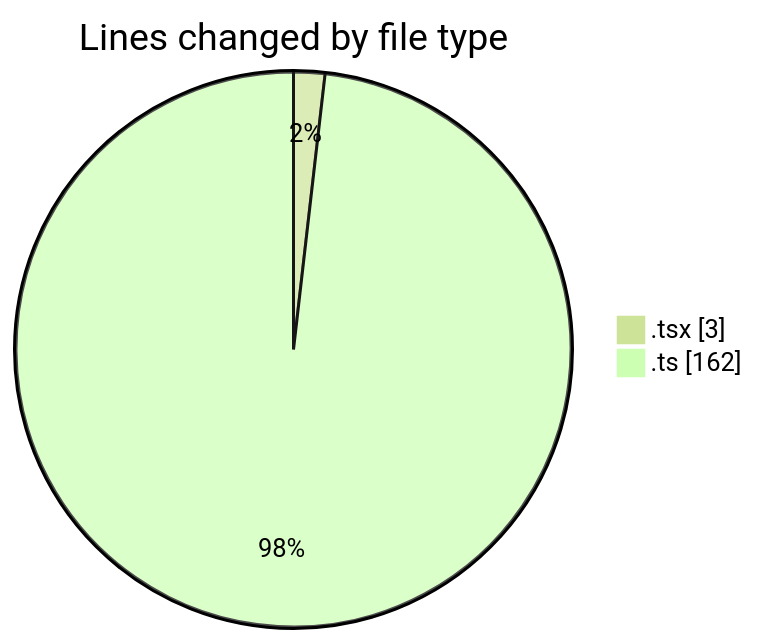
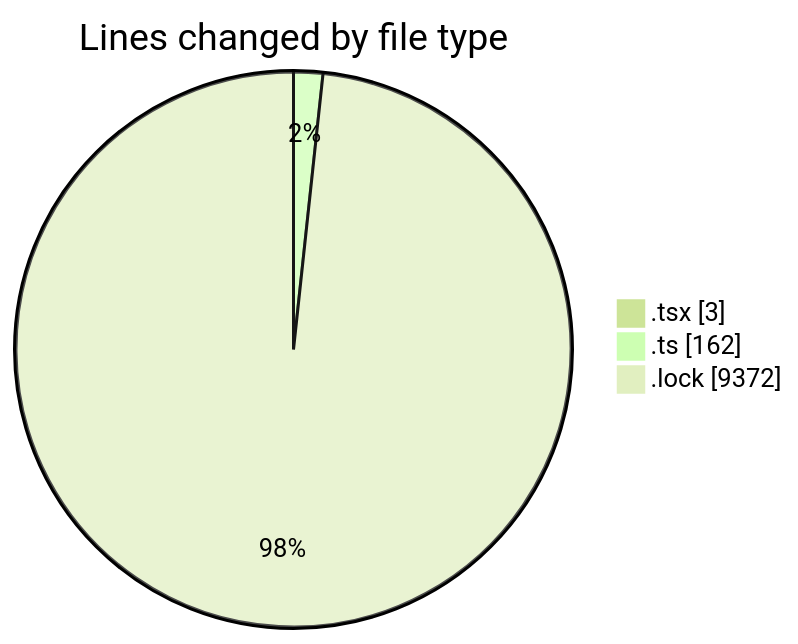
Before and after one commit to momahboobian/code-tracking: the first of 2 diagrams in 2026-02-18/cda/README.md, drawn with Mermaid (forest theme). The commit also changed other lines of this file and 1 other file, not shown here.

````diff
--- a/2026-02-18/cda/README.md
+++ b/2026-02-18/cda/README.md
@@ -21,6 +22,7 @@
 ```mermaid
 pie showData
 title Lines changed by file type
 ".tsx" : 3
 ".ts" : 162
+".lock" : 9372
 ```
````
